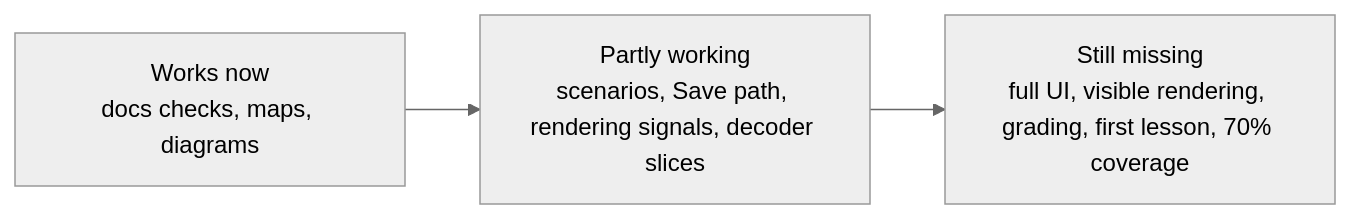
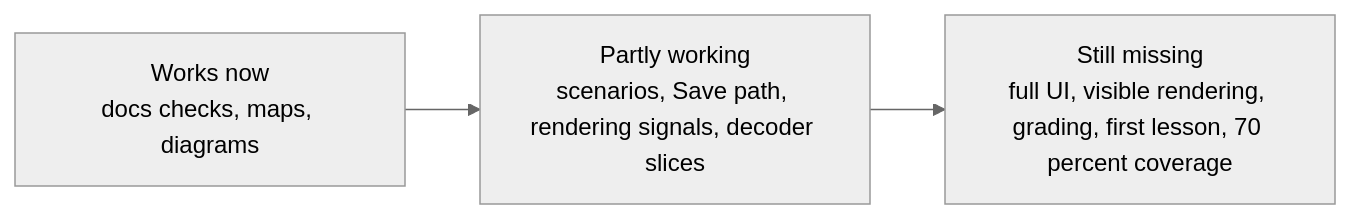
Before and after one commit to rysweet/drinkme: the fifth of 5 diagrams in README.md, drawn with Mermaid (neutral theme). The commit also changed other lines of this file and 6 other files, not shown here.

````diff
--- a/README.md
+++ b/README.md
@@ -118,5 +123,5 @@
 ```mermaid
 flowchart LR
   Works["Works now<br/>docs checks, maps, diagrams"] --> Partial["Partly working<br/>scenarios, Save path, rendering signals, decoder slices"]
-  Partial --> Missing["Still missing<br/>full UI, visible rendering, grading, first lesson, 70% coverage"]
+  Partial --> Missing["Still missing<br/>full UI, visible rendering, grading, first lesson, 70 percent coverage"]
 ```
````
